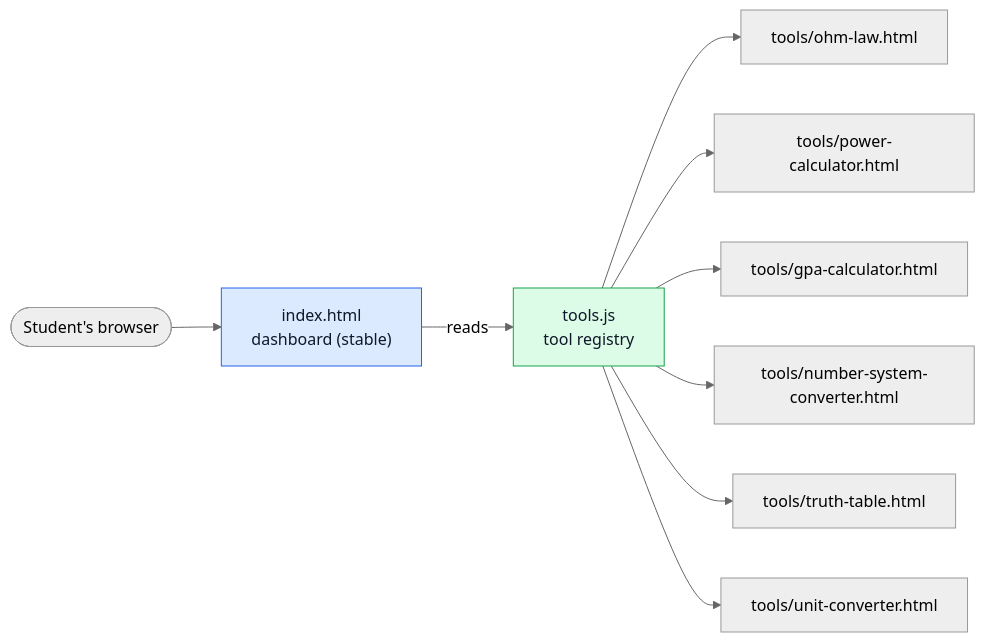
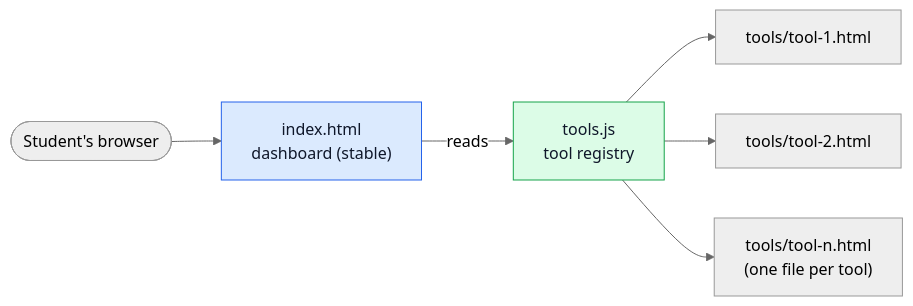
The diagram in README.md (Kingtheworldsayhipy/Student-Tools-), drawn with Mermaid (neutral theme) before and after one commit. The commit also changed other lines of this file, not shown here.

````diff
--- a/README.md
+++ b/README.md
@@ -125,13 +127,10 @@
 ```mermaid
 flowchart LR
     U([Student's browser]) --> I["index.html<br/>dashboard (stable)"]
     I -- reads --> R["tools.js<br/>tool registry"]
-    R --> T1["tools/ohm-law.html"]
-    R --> T2["tools/power-calculator.html"]
-    R --> T3["tools/gpa-calculator.html"]
-    R --> T4["tools/number-system-converter.html"]
-    R --> T5["tools/truth-table.html"]
-    R --> T6["tools/unit-converter.html"]
+    R --> T1["tools/tool-1.html"]
+    R --> T2["tools/tool-2.html"]
+    R --> T3["tools/tool-n.html<br/>(one file per tool)"]
     style I fill:#dbeafe,stroke:#2563eb,color:#0f172a
     style R fill:#dcfce7,stroke:#16a34a,color:#0f172a
 ```
````
